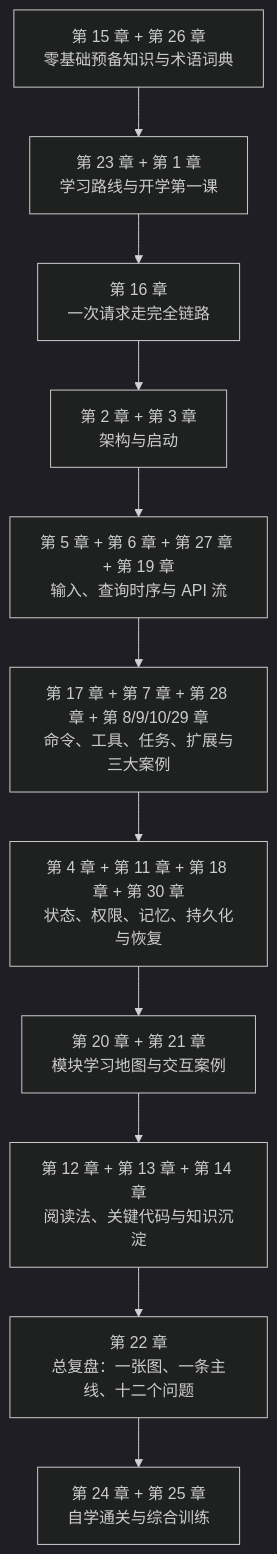
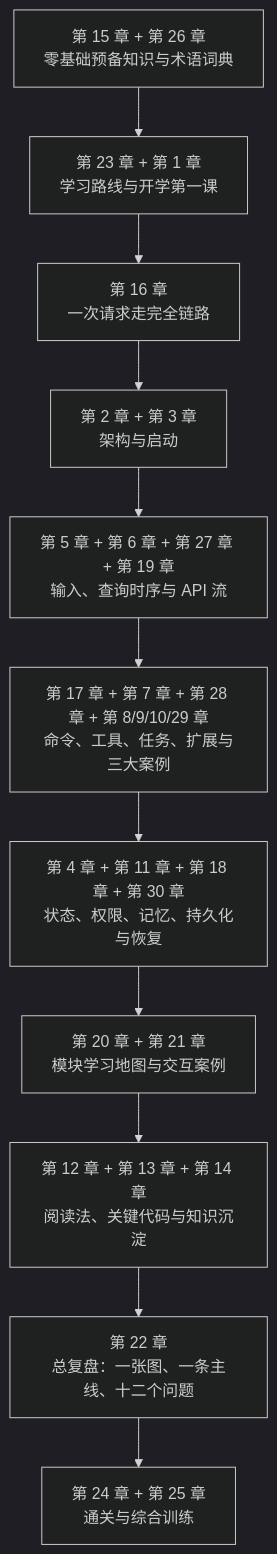
One commit to t4vddz2hkp-ux/anthropic-src-gitbook changed the first of 2 diagrams in README.md. Above: the diagram before and after it, drawn with Mermaid (dark theme). The commit also changed other lines of this file and 30 other files, not shown here.

````diff
--- a/README.md
+++ b/README.md
@@ -148,13 +148,13 @@
 ```mermaid
 flowchart TD
     A["第 15 章 + 第 26 章<br/>零基础预备知识与术语词典"] --> B["第 23 章 + 第 1 章<br/>学习路线与开学第一课"]
     B --> C["第 16 章<br/>一次请求走完全链路"]
     C --> D["第 2 章 + 第 3 章<br/>架构与启动"]
     D --> E["第 5 章 + 第 6 章 + 第 27 章 + 第 19 章<br/>输入、查询时序与 API 流"]
     E --> F["第 17 章 + 第 7 章 + 第 28 章 + 第 8/9/10/29 章<br/>命令、工具、任务、扩展与三大案例"]
     F --> G["第 4 章 + 第 11 章 + 第 18 章 + 第 30 章<br/>状态、权限、记忆、持久化与恢复"]
     G --> H["第 20 章 + 第 21 章<br/>模块学习地图与交互案例"]
     H --> I["第 12 章 + 第 13 章 + 第 14 章<br/>阅读法、关键代码与知识沉淀"]
     I --> J["第 22 章<br/>总复盘：一张图、一条主线、十二个问题"]
-    J --> K["第 24 章 + 第 25 章<br/>自学通关与综合训练"]
+    J --> K["第 24 章 + 第 25 章<br/>通关与综合训练"]
 ```
````
